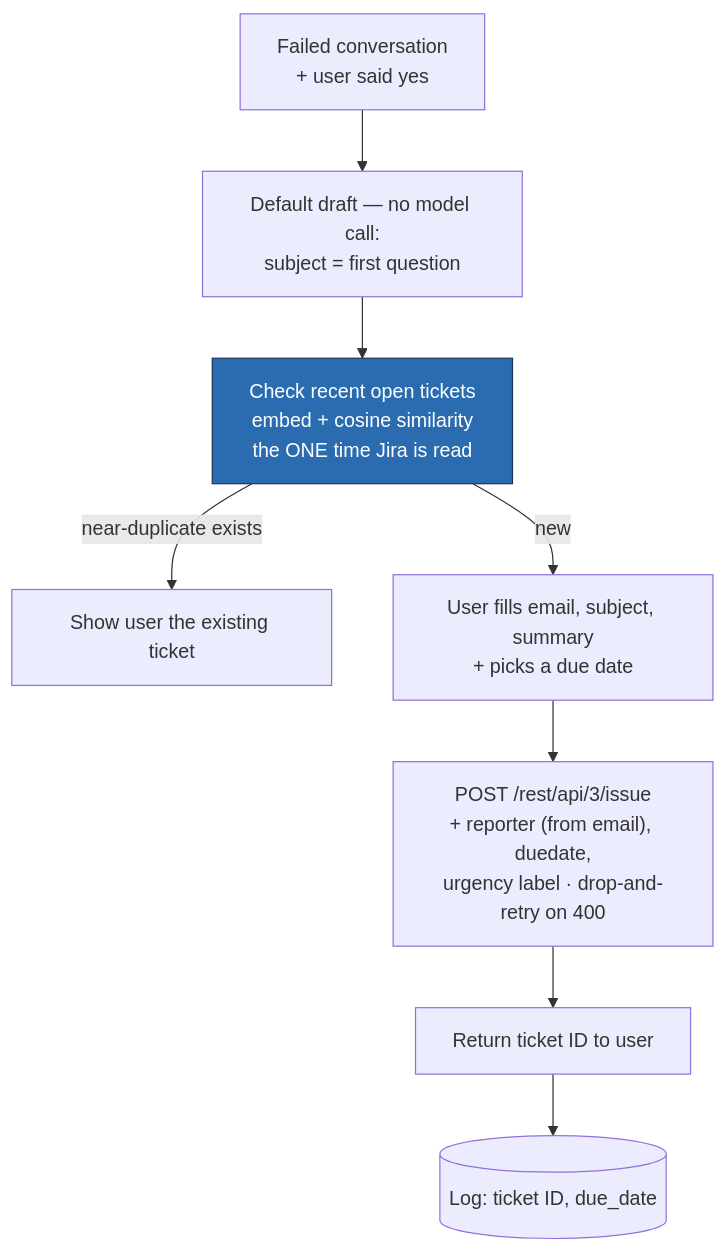
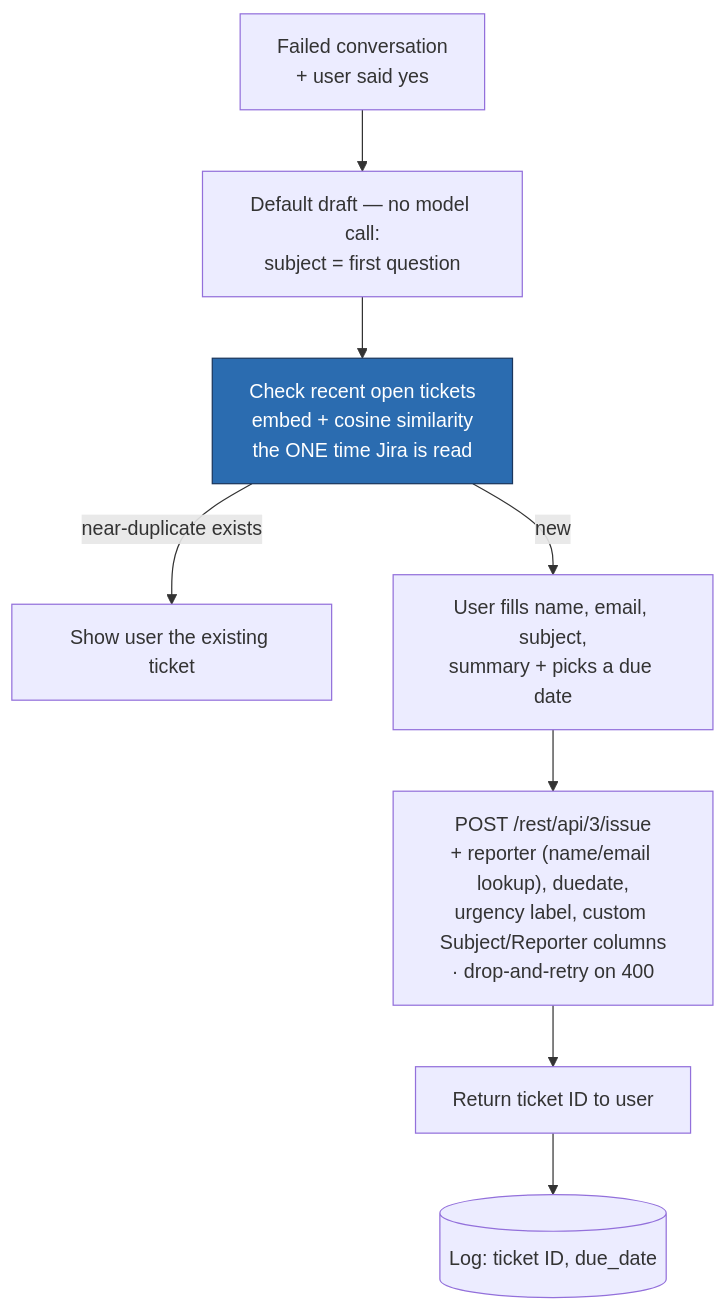
The fifth of 11 diagrams in docs/SugboDoc-Chatbot-Flowchart.md (troymerales/sugbo-chatbot), drawn with Mermaid before and after one commit. The commit also changed other lines of this file and 9 other files, not shown here.

````diff
--- a/docs/SugboDoc-Chatbot-Flowchart.md
+++ b/docs/SugboDoc-Chatbot-Flowchart.md
@@ -147,12 +147,12 @@
 ```mermaid
 flowchart TD
     C[Failed conversation<br/>+ user said yes] --> DRAFT[Default draft — no model call:<br/>subject = first question]
     DRAFT --> DEDUP[Check recent open tickets<br/>embed + cosine similarity<br/>the ONE time Jira is read]
     DEDUP -->|near-duplicate exists| LINK[Show user the existing ticket]
-    DEDUP -->|new| REVIEW[User fills email, subject, summary<br/>+ picks a due date]
-    REVIEW --> CREATE["POST /rest/api/3/issue<br/>+ reporter (from email), duedate,<br/>urgency label · drop-and-retry on 400"]
+    DEDUP -->|new| REVIEW[User fills name, email, subject,<br/>summary + picks a due date]
+    REVIEW --> CREATE["POST /rest/api/3/issue<br/>+ reporter (name/email lookup), duedate,<br/>urgency label, custom Subject/Reporter columns<br/>· drop-and-retry on 400"]
     CREATE --> ID[Return ticket ID to user]
     ID --> LOG[(Log: ticket ID, due_date)]
 
     style DEDUP fill:#2b6cb0,stroke:#1a365d,color:#fff
 ```
````
